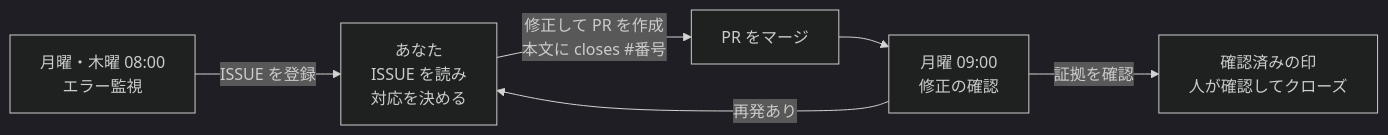
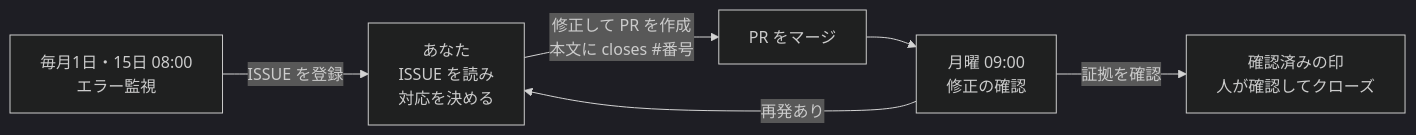
The first of 2 diagrams in README.ja.md (atsuki-sakai/cloud-ops-team), drawn with Mermaid (dark theme) before and after one commit. The commit also changed other lines of this file and 36 other files, not shown here.

````diff
--- a/README.ja.md
+++ b/README.ja.md
@@ -64,8 +64,8 @@
 ```mermaid
 flowchart LR
-    A["月曜・木曜 08:00<br/>エラー監視"] -->|"ISSUE を登録"| B["あなた<br/>ISSUE を読み<br/>対応を決める"]
+    A["毎月1日・15日 08:00<br/>エラー監視"] -->|"ISSUE を登録"| B["あなた<br/>ISSUE を読み<br/>対応を決める"]
     B -->|"修正して PR を作成<br/>本文に closes #番号"| C["PR をマージ"]
     C --> D["月曜 09:00<br/>修正の確認"]
     D -->|"証拠を確認"| E["確認済みの印<br/>人が確認してクローズ"]
     D -->|"再発あり"| B
 ```
````
